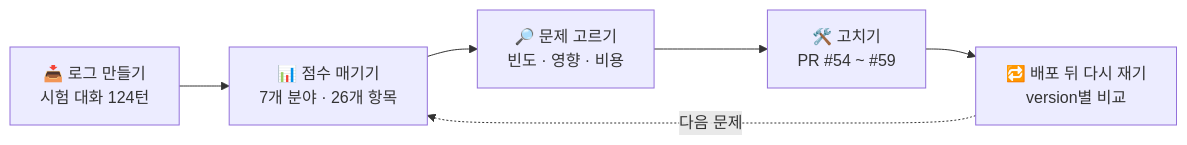
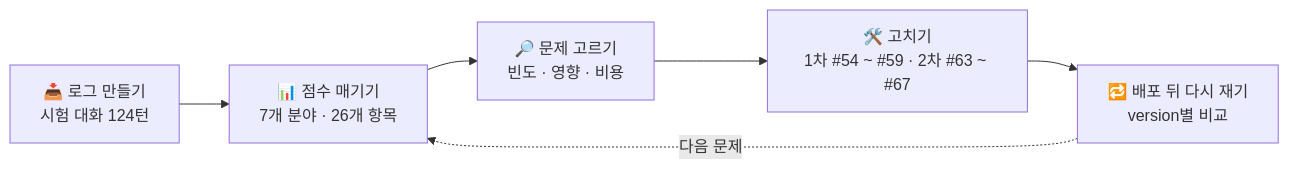
Before and after one commit to jubyeong-kim/friend-agent: the second of 3 diagrams in README.md, drawn with Mermaid. The commit also changed other lines of this file and 1 other file, not shown here.

````diff
--- a/README.md
+++ b/README.md
@@ -93,8 +94,8 @@
 ```mermaid
 flowchart LR
     A["📥 로그 만들기<br/>시험 대화 124턴"] --> B["📊 점수 매기기<br/>7개 분야 · 26개 항목"]
     B --> C["🔎 문제 고르기<br/>빈도 · 영향 · 비용"]
-    C --> D["🛠️ 고치기<br/>PR #54 ~ #59"]
+    C --> D["🛠️ 고치기<br/>1차 #54 ~ #59 · 2차 #63 ~ #67"]
     D --> E["🔁 배포 뒤 다시 재기<br/>version별 비교"]
     E -. 다음 문제 .-> B
 ```
````
